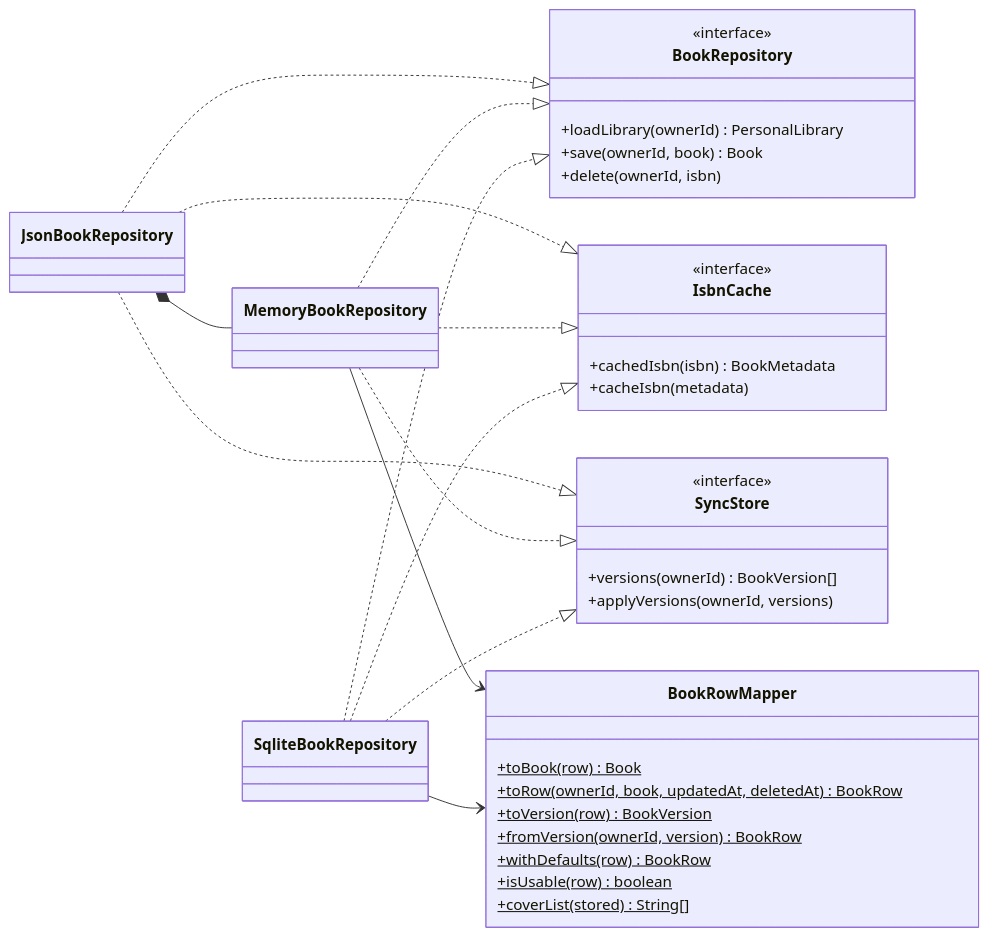
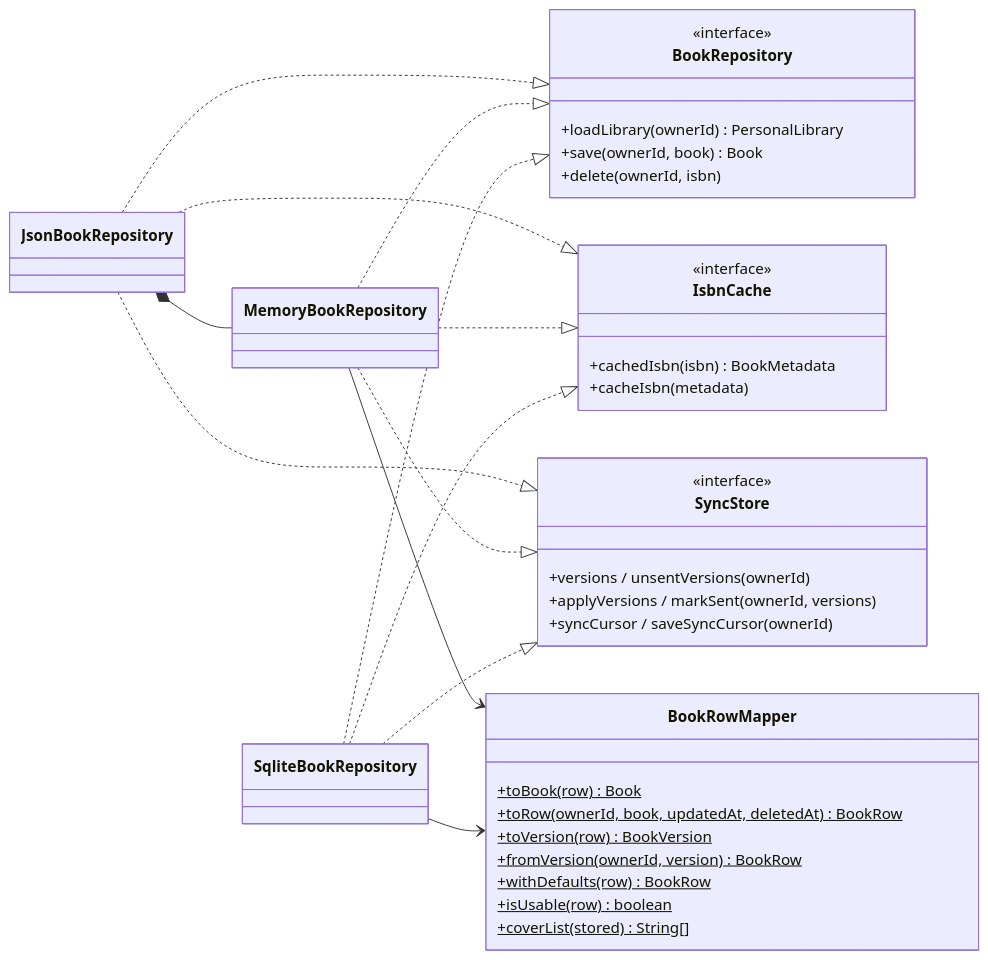
The diagram in docs/design/diagrams/iface-data.mmd (ghechavarria/cen5064-project-hechavarria), drawn with Mermaid before and after one commit. The commit also changed 19 other files, not shown here.

```diff
--- a/docs/design/diagrams/iface-data.mmd
+++ b/docs/design/diagrams/iface-data.mmd
@@ -1,39 +1,40 @@
 classDiagram
     direction LR
     class BookRepository {
         <<interface>>
         +loadLibrary(ownerId) PersonalLibrary
         +save(ownerId, book) Book
         +delete(ownerId, isbn)
     }
     class IsbnCache {
         <<interface>>
         +cachedIsbn(isbn) BookMetadata
         +cacheIsbn(metadata)
     }
     class SyncStore {
         <<interface>>
-        +versions(ownerId) BookVersion[]
-        +applyVersions(ownerId, versions)
+        +versions / unsentVersions(ownerId)
+        +applyVersions / markSent(ownerId, versions)
+        +syncCursor / saveSyncCursor(ownerId)
     }
     class BookRowMapper {
         +toBook(row)$ Book
         +toRow(ownerId, book, updatedAt, deletedAt)$ BookRow
         +toVersion(row)$ BookVersion
         +fromVersion(ownerId, version)$ BookRow
         +withDefaults(row)$ BookRow
         +isUsable(row)$ boolean
         +coverList(stored)$ String[]
     }
     SqliteBookRepository ..|> BookRepository
     MemoryBookRepository ..|> BookRepository
     JsonBookRepository ..|> BookRepository
     SqliteBookRepository ..|> IsbnCache
     MemoryBookRepository ..|> IsbnCache
     JsonBookRepository ..|> IsbnCache
     SqliteBookRepository ..|> SyncStore
     MemoryBookRepository ..|> SyncStore
     JsonBookRepository ..|> SyncStore
     JsonBookRepository *-- MemoryBookRepository
     SqliteBookRepository --> BookRowMapper
     MemoryBookRepository --> BookRowMapper
```
